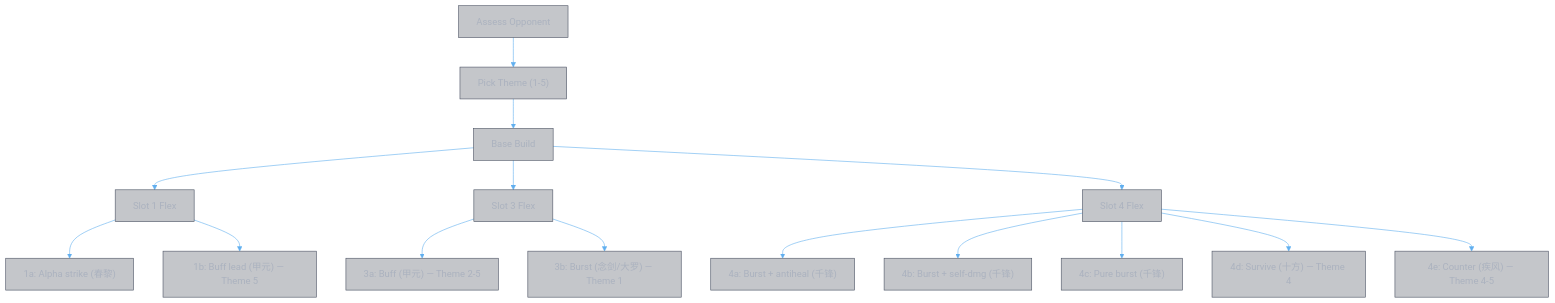
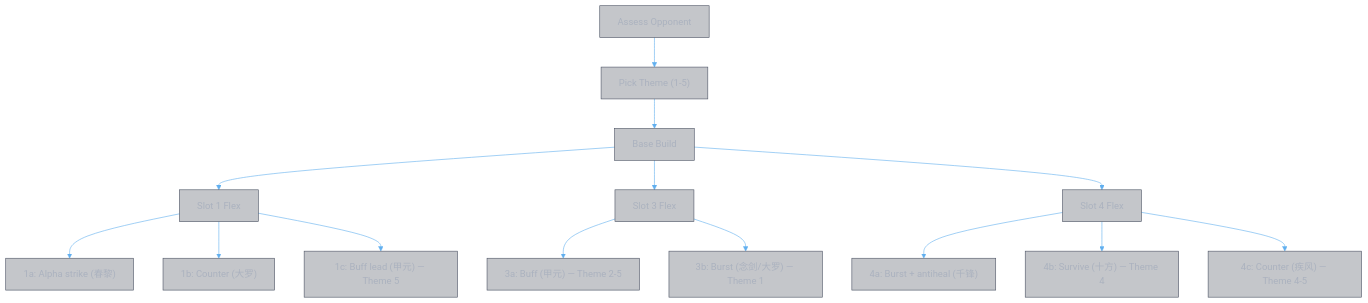
Before and after one commit to zhifengzhang-sz/divine-book: the fourth of 4 diagrams in docs/books/guide.build.md, drawn with Mermaid. The commit also changed other lines of this file and 8 other files, not shown here.

````diff
--- a/docs/books/guide.build.md
+++ b/docs/books/guide.build.md
@@ -357,18 +387,17 @@
 ```mermaid
 %%{init: {'theme': 'base', 'themeVariables': {'primaryColor': '#3e44514D', 'primaryTextColor': '#abb2bf', 'primaryBorderColor': '#4b5263', 'lineColor': '#61afef', 'secondaryColor': '#2c313a4D', 'secondaryTextColor': '#abb2bf', 'secondaryBorderColor': '#4b5263', 'tertiaryColor': '#282c344D', 'mainBkg': '#3e44514D', 'nodeBorder': '#4b5263', 'clusterBkg': '#2c313a4D', 'clusterBorder': '#4b5263', 'titleColor': '#e5c07b', 'edgeLabelBackground': '#282c34', 'textColor': '#abb2bf', 'background': '#282c34'}}}%%
 graph TD
     ASSESS["Assess Opponent"] --> THEME["Pick Theme (1-5)"]
     THEME --> BASE["Base Build"]
     BASE --> S1["Slot 1 Flex"]
     S1 --> S1A["1a: Alpha strike (春黎)"]
-    S1 --> S1B["1b: Buff lead (甲元) — Theme 5"]
+    S1 --> S1B["1b: Counter (大罗)"]
+    S1 --> S1C["1c: Buff lead (甲元) — Theme 5"]
     BASE --> S3["Slot 3 Flex"]
     S3 --> S3A["3a: Buff (甲元) — Theme 2-5"]
     S3 --> S3B["3b: Burst (念剑/大罗) — Theme 1"]
     BASE --> S4["Slot 4 Flex"]
     S4 --> S4A["4a: Burst + antiheal (千锋)"]
-    S4 --> S4B["4b: Burst + self-dmg (千锋)"]
-    S4 --> S4C["4c: Pure burst (千锋)"]
-    S4 --> S4D["4d: Survive (十方) — Theme 4"]
-    S4 --> S4E["4e: Counter (疾风) — Theme 4-5"]
+    S4 --> S4B["4b: Survive (十方) — Theme 4"]
+    S4 --> S4C["4c: Counter (疾风) — Theme 4-5"]
 ```
````
